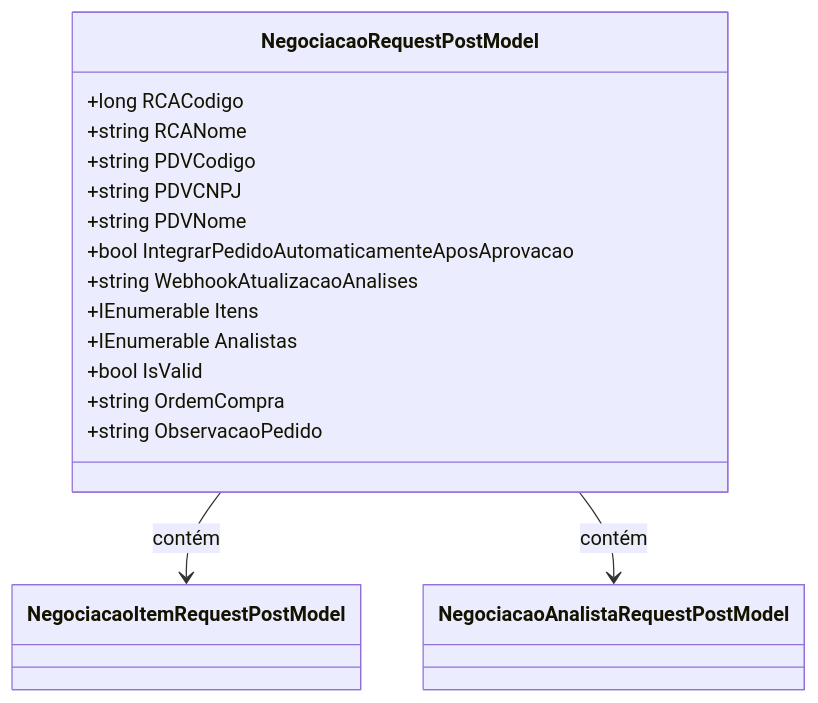
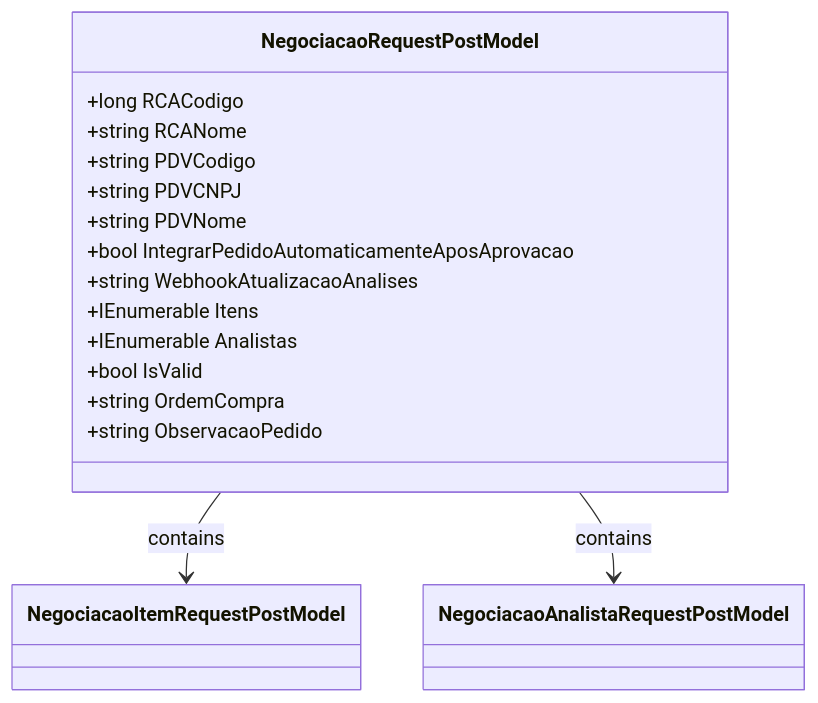
Before and after one commit to IsthmusSistemas/documentacao-tecnica: the diagram in docs/b2b-dominio/IsthmusWinthor.Nucleo/IsthmusWinthor.Dominio/Model/Verbas/NegociacaoRequestPostModel.md, drawn with Mermaid. The commit also changed other lines of this file and 882 other files, not shown here.

````diff
--- a/docs/b2b-dominio/IsthmusWinthor.Nucleo/IsthmusWinthor.Dominio/Model/Verbas/NegociacaoRequestPostModel.md
+++ b/docs/b2b-dominio/IsthmusWinthor.Nucleo/IsthmusWinthor.Dominio/Model/Verbas/NegociacaoRequestPostModel.md
@@ -32,20 +32,23 @@
 ```mermaid
 classDiagram
     class NegociacaoRequestPostModel {
         +long RCACodigo
         +string RCANome
         +string PDVCodigo
         +string PDVCNPJ
         +string PDVNome
         +bool IntegrarPedidoAutomaticamenteAposAprovacao
         +string WebhookAtualizacaoAnalises
         +IEnumerable<NegociacaoItemRequestPostModel> Itens
         +IEnumerable<NegociacaoAnalistaRequestPostModel> Analistas
         +bool IsValid
         +string OrdemCompra
         +string ObservacaoPedido
     }
 
-    NegociacaoRequestPostModel --> NegociacaoItemRequestPostModel: contém
-    NegociacaoRequestPostModel --> NegociacaoAnalistaRequestPostModel: contém
+    class NegociacaoItemRequestPostModel
+    class NegociacaoAnalistaRequestPostModel
+
+    NegociacaoRequestPostModel --> NegociacaoItemRequestPostModel : contains
+    NegociacaoRequestPostModel --> NegociacaoAnalistaRequestPostModel : contains
 ```
````
